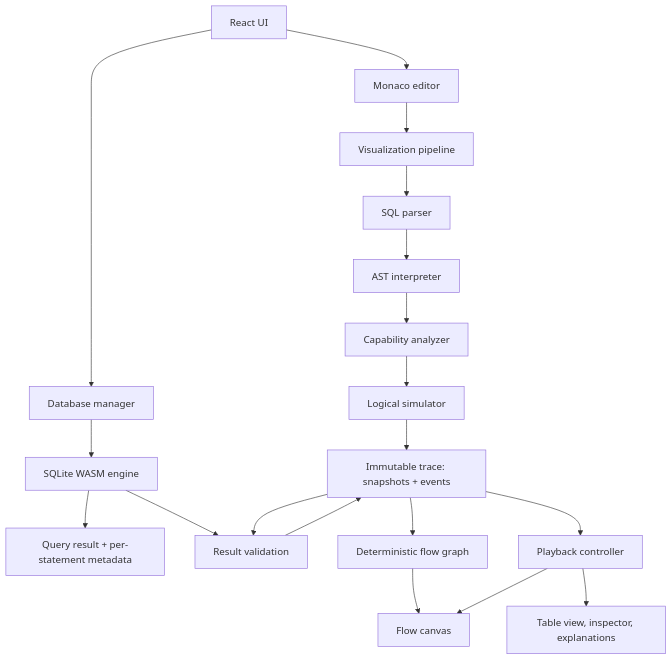
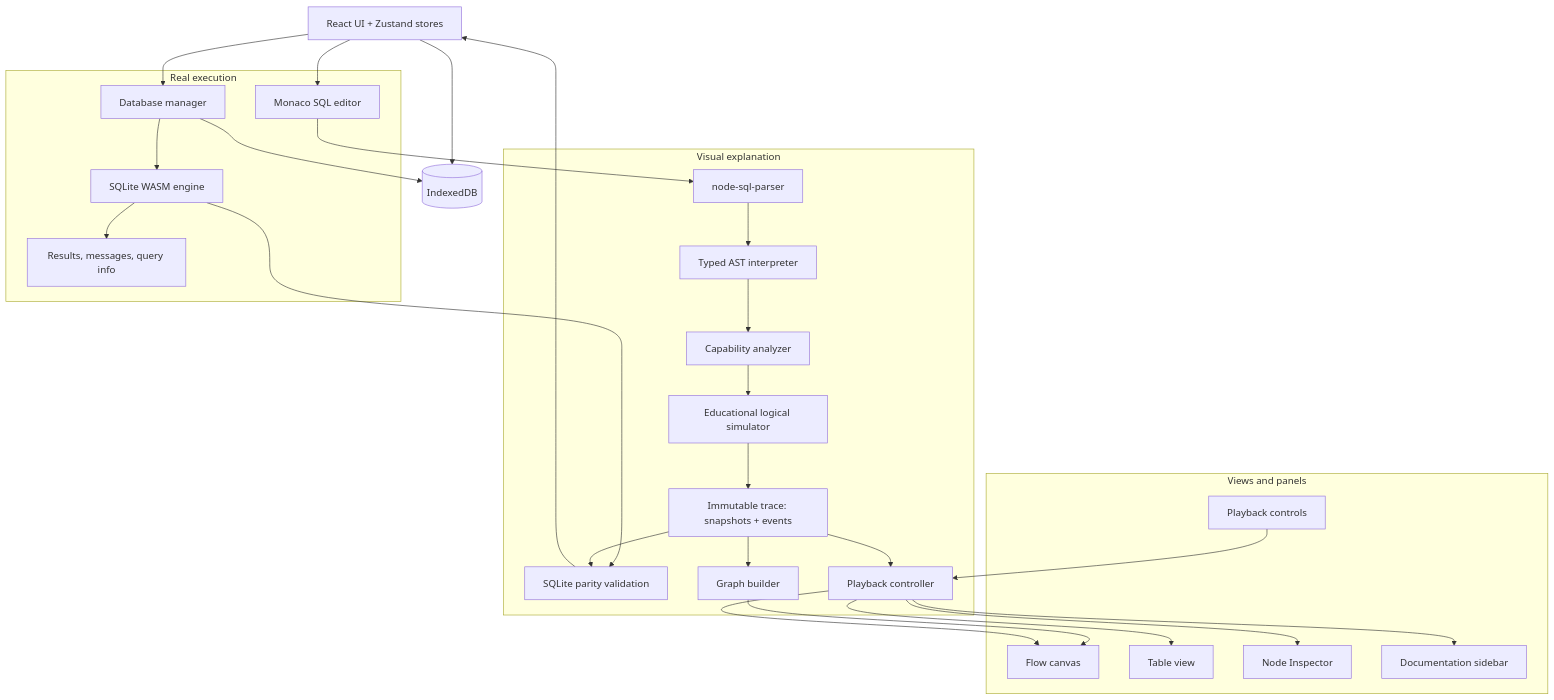
Before and after one commit to Student-Abhishekkumar/SQL-Visualizer: the diagram in docs/ARCHITECTURE.md, drawn with Mermaid. The commit also changed other lines of this file and 45 other files, not shown here.

````diff
--- a/docs/ARCHITECTURE.md
+++ b/docs/ARCHITECTURE.md
@@ -17,22 +17,55 @@
 ```mermaid
 flowchart TD
-    UI[React UI] --> EDITOR[Monaco editor]
-    UI --> DBM[Database manager]
-    DBM --> ENGINE[SQLite WASM engine]
-    ENGINE --> RESULT[Query result + per-statement metadata]
+    UI["React UI + Zustand stores"]
 
-    EDITOR --> VIS[Visualization pipeline]
-    VIS --> PARSER[SQL parser]
-    PARSER --> INTERP[AST interpreter]
-    INTERP --> CAP[Capability analyzer]
-    CAP --> SIM[Logical simulator]
-    SIM --> TRACE[Immutable trace: snapshots + events]
-    ENGINE --> VALIDATE[Result validation]
+    subgraph exec["Real execution"]
+        EDITOR["Monaco SQL editor"]
+        DBM["Database manager"]
+        ENGINE["SQLite WASM engine"]
+        RESULT["Results, messages, query info"]
+    end
+
+    subgraph viz["Visual explanation"]
+        PARSER["node-sql-parser"]
+        INTERP["Typed AST interpreter"]
+        CAP["Capability analyzer"]
+        SIM["Educational logical simulator"]
+        TRACE["Immutable trace: snapshots + events"]
+        VALIDATE["SQLite parity validation"]
+        GRAPH["Graph builder"]
+        PLAY["Playback controller"]
+    end
+
+    subgraph views["Views and panels"]
+        FLOW["Flow canvas"]
+        TABLE["Table view"]
+        INSPECT["Node Inspector"]
+        DOCS["Documentation sidebar"]
+        CONTROLS["Playback controls"]
+    end
+
+    PERSIST[("IndexedDB")]
+
+    UI --> EDITOR
+    UI --> DBM
+    DBM --> ENGINE
+    ENGINE --> RESULT
+    EDITOR --> PARSER
+    PARSER --> INTERP
+    INTERP --> CAP
+    CAP --> SIM
+    SIM --> TRACE
+    ENGINE --> VALIDATE
     TRACE --> VALIDATE
-    VALIDATE --> TRACE
-    TRACE --> GRAPH[Deterministic flow graph]
-    GRAPH --> CANVAS[Flow canvas]
-    TRACE --> PLAYBACK[Playback controller]
-    PLAYBACK --> CANVAS
-    PLAYBACK --> PANELS[Table view, inspector, explanations]
+    VALIDATE --> UI
+    TRACE --> GRAPH
+    GRAPH --> FLOW
+    TRACE --> PLAY
+    PLAY --> FLOW
+    PLAY --> TABLE
+    PLAY --> INSPECT
+    PLAY --> DOCS
+    CONTROLS --> PLAY
+    DBM --> PERSIST
+    UI --> PERSIST
 ```
````
